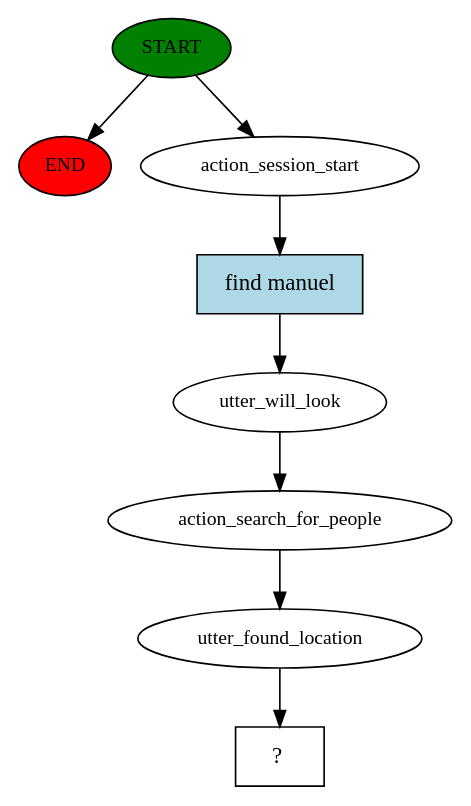
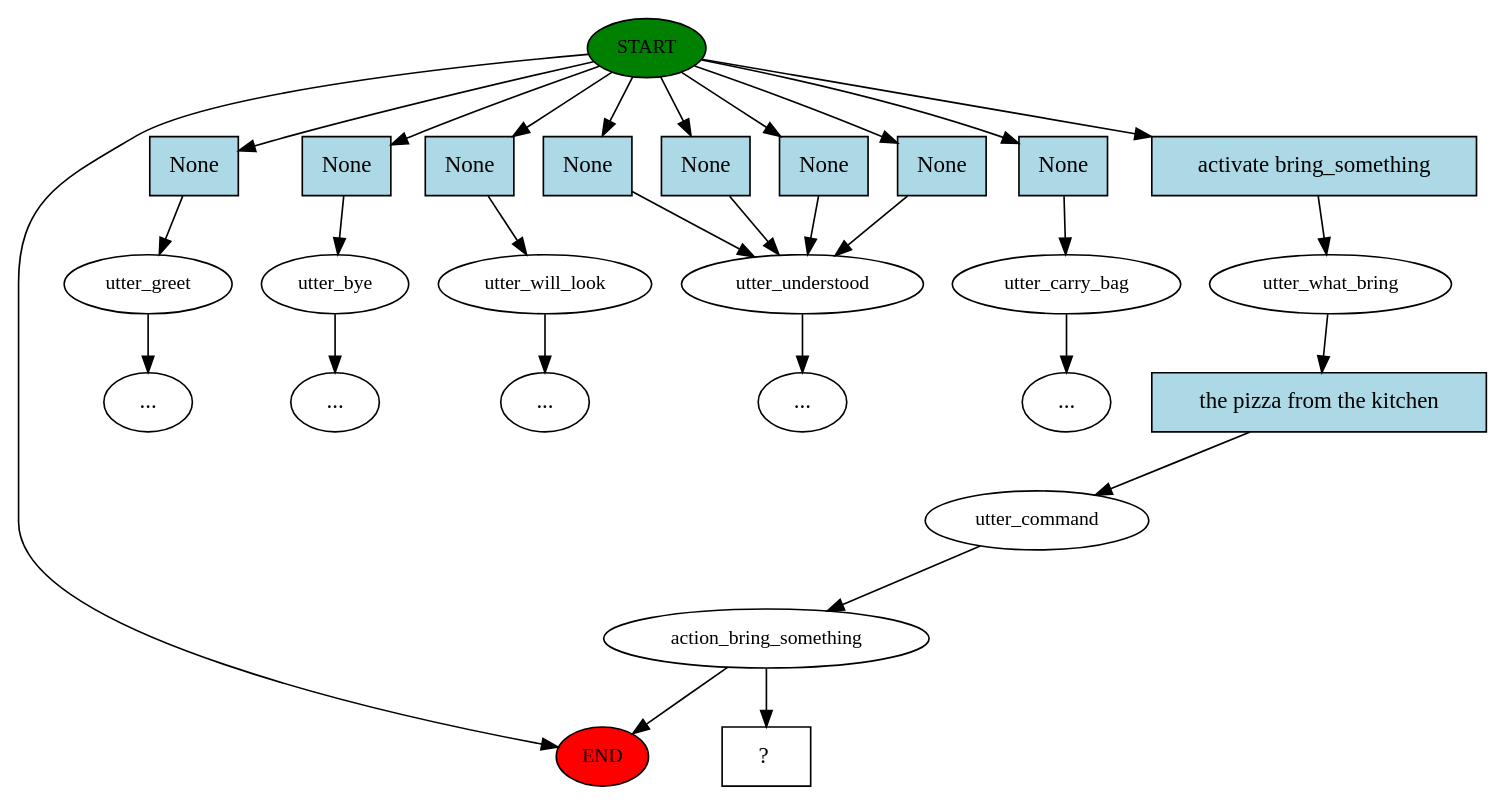
Before and after one commit to RoBorregos/robocup-home: the diagram in rasa/story_graph.dot, drawn with Graphviz. The commit also changed 4 other files, not shown here.

Commit message:
secret intent for bring something (activate bring_something)

```diff
--- a/rasa/story_graph.dot
+++ b/rasa/story_graph.dot
@@ -1,17 +1,57 @@
 digraph  {
 0 [class="start active", fillcolor=green, fontsize=12, label=START, style=filled];
 "-1" [class=end, fillcolor=red, fontsize=12, label=END, style=filled];
-1 [class=active, fontsize=12, label=action_session_start];
-2 [class=active, fontsize=12, label=utter_will_look];
-3 [class=active, fontsize=12, label=action_search_for_people];
-4 [class=active, fontsize=12, label=utter_found_location];
-5 [class="intent dashed active", label="  ?  ", shape=rect];
-6 [class="intent active", fillcolor=lightblue, label="find manuel", shape=rect, style=filled];
+1 [class="", fontsize=12, label=utter_greet];
+2 [class="", fontsize=12, label=utter_bye];
+"-4" [class=ellipsis, label="..."];
+3 [class="", fontsize=12, label=utter_will_look];
+"-5" [class=ellipsis, label="..."];
+4 [class="", fontsize=12, label=utter_understood];
+6 [class="", fontsize=12, label=utter_carry_bag];
+"-8" [class=ellipsis, label="..."];
+"-9" [class=ellipsis, label="..."];
+11 [class=active, fontsize=12, label=utter_what_bring];
+12 [class=active, fontsize=12, label=utter_command];
+13 [class=active, fontsize=12, label=action_bring_something];
+"-14" [class=ellipsis, label="..."];
+19 [class="intent dashed active", label="  ?  ", shape=rect];
+20 [class=intent, fillcolor=lightblue, label=None, shape=rect, style=filled];
+21 [class=intent, fillcolor=lightblue, label=None, shape=rect, style=filled];
+22 [class=intent, fillcolor=lightblue, label=None, shape=rect, style=filled];
+23 [class=intent, fillcolor=lightblue, label=None, shape=rect, style=filled];
+24 [class=intent, fillcolor=lightblue, label=None, shape=rect, style=filled];
+25 [class=intent, fillcolor=lightblue, label=None, shape=rect, style=filled];
+26 [class=intent, fillcolor=lightblue, label=None, shape=rect, style=filled];
+27 [class=intent, fillcolor=lightblue, label=None, shape=rect, style=filled];
+28 [class="intent active", fillcolor=lightblue, label="activate bring_something", shape=rect, style=filled];
+29 [class="intent active", fillcolor=lightblue, label="the pizza from the kitchen", shape=rect, style=filled];
 0 -> "-1"  [class="", key=NONE, label=""];
-0 -> 1  [class=active, key=NONE, label=""];
-1 -> 6  [class=active, key=0];
-2 -> 3  [class=active, key=NONE, label=""];
-3 -> 4  [class=active, key=NONE, label=""];
-4 -> 5  [class=active, key=NONE, label=""];
-6 -> 2  [class=active, key=0];
+0 -> 20  [class="", key=0];
+0 -> 21  [class="", key=0];
+0 -> 22  [class="", key=0];
+0 -> 23  [class="", key=0];
+0 -> 24  [class="", key=0];
+0 -> 25  [class="", key=0];
+0 -> 26  [class="", key=0];
+0 -> 27  [class="", key=0];
+0 -> 28  [class=active, key=0];
+1 -> "-9"  [class="", key=NONE, label=""];
+2 -> "-4"  [class="", key=NONE, label=""];
+3 -> "-5"  [class="", key=NONE, label=""];
+4 -> "-14"  [class="", key=NONE, label=""];
+6 -> "-8"  [class="", key=NONE, label=""];
+11 -> 29  [class=active, key=0];
+12 -> 13  [class=active, key=NONE, label=""];
+13 -> "-1"  [class="", key=NONE, label=""];
+13 -> 19  [class=active, key=NONE, label=""];
+20 -> 1  [class="", key=0];
+21 -> 2  [class="", key=0];
+22 -> 3  [class="", key=0];
+23 -> 4  [class="", key=0];
+24 -> 4  [class="", key=0];
+25 -> 4  [class="", key=0];
+26 -> 4  [class="", key=0];
+27 -> 6  [class="", key=0];
+28 -> 11  [class=active, key=0];
+29 -> 12  [class=active, key=0];
 }
```
